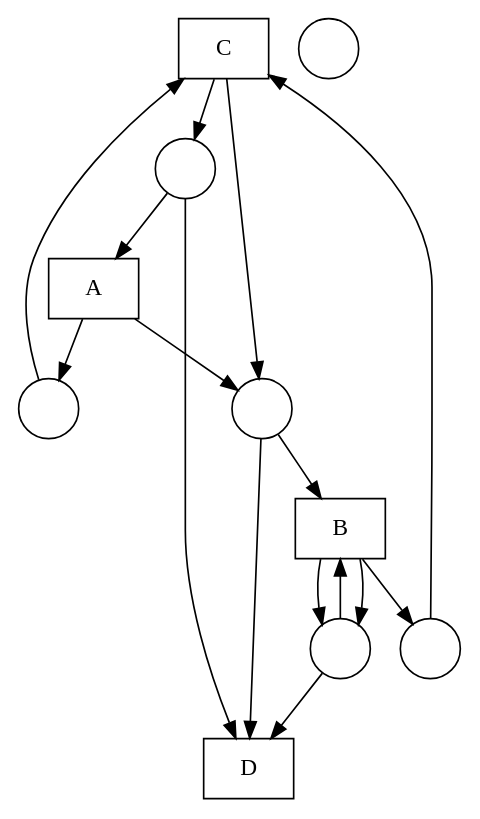
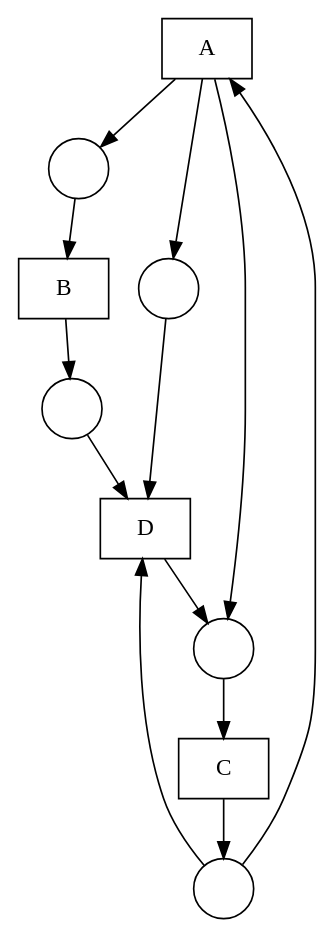
One commit to DWitek97/GeneticMiner changed the diagram in nets/Fittest net.gv. Above: the diagram before and after it, drawn with Graphviz. The commit also changed 8 other files, not shown here.

```diff
--- a/nets/Fittest net.gv
+++ b/nets/Fittest net.gv
@@ -1,29 +1,25 @@
 digraph "Fittest net" {
 	node [shape=box]
+	A [label=A]
+	D [label=D]
+	B [label=B]
 	C [label=C]
-	A [label=A]
-	B [label=B]
-	D [label=D]
 	node [shape=circle]
 	1 [label=" "]
 	2 [label=" "]
 	3 [label=" "]
 	4 [label=" "]
 	5 [label=" "]
-	6 [label=" "]
-	4 -> C
-	3 -> C
-	C -> 1
-	C -> 6
 	1 -> A
-	A -> 6
+	A -> 5
+	A -> 2
 	A -> 4
-	6 -> B
+	4 -> D
+	3 -> D
+	1 -> D
+	D -> 5
 	2 -> B
 	B -> 3
-	B -> 2
-	B -> 2
-	1 -> D
-	2 -> D
-	6 -> D
+	5 -> C
+	C -> 1
 }
```
